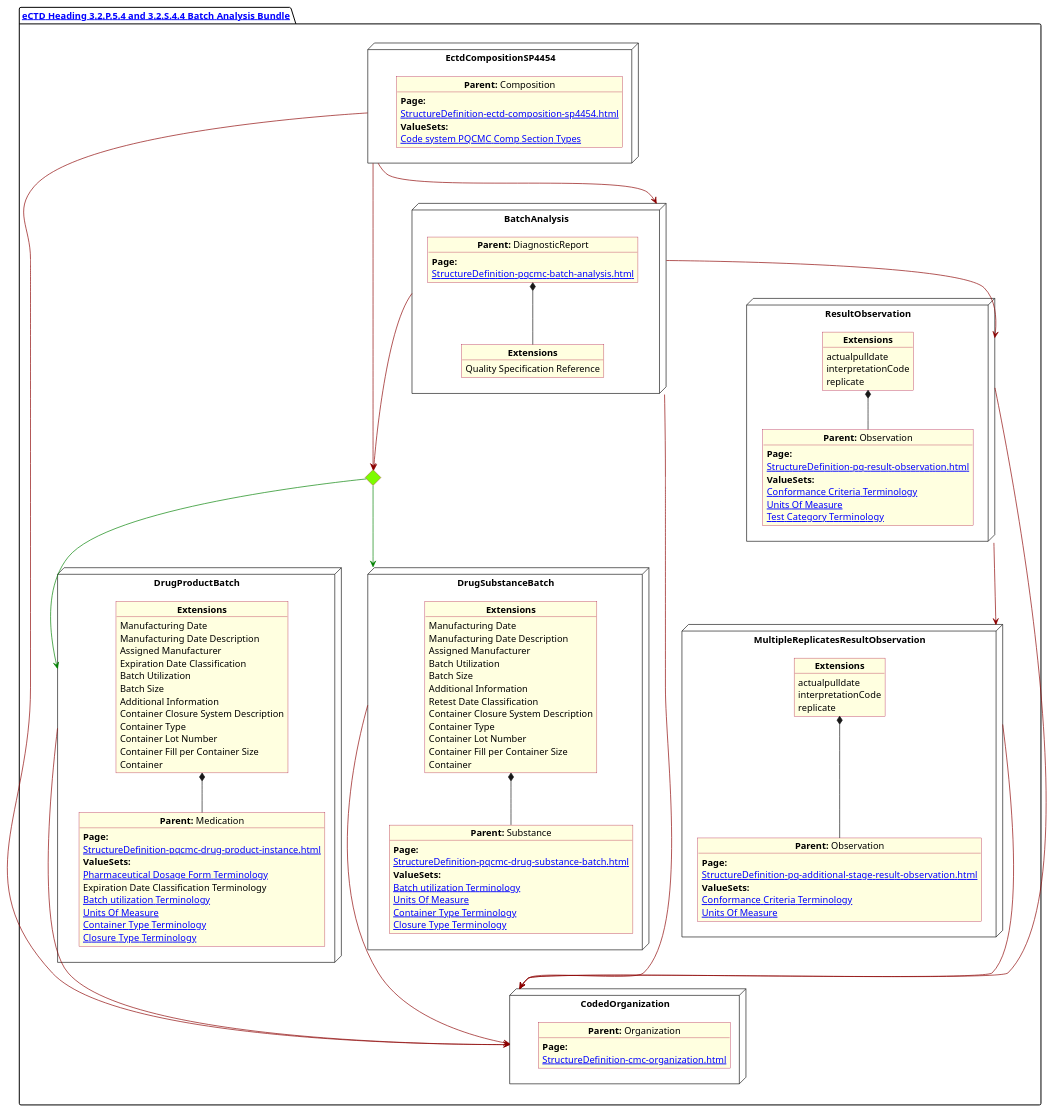
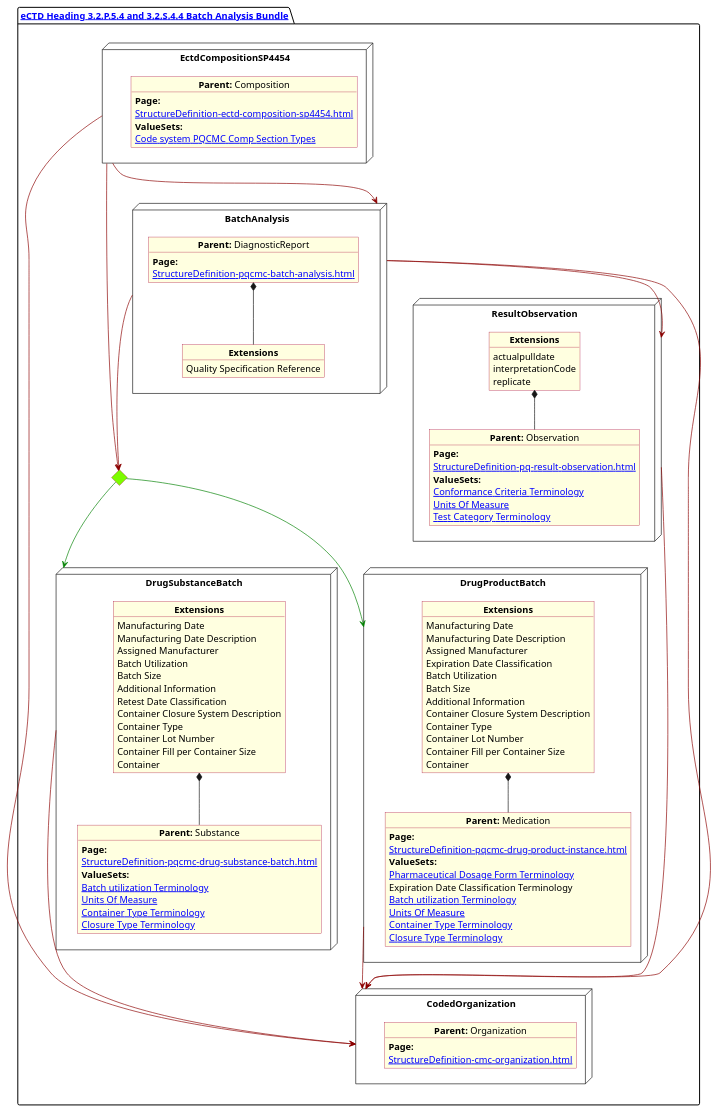
One commit to HL7/FHIR-us-pq-cmc-fda changed the diagram in input/images-source/BatchAnalysis.plantuml. Above: the diagram before and after it, drawn with PlantUML. The commit also changed 5 other files, not shown here.

Commit message:
removed newStability plantuml

```diff
--- a/input/images-source/BatchAnalysis.plantuml
+++ b/input/images-source/BatchAnalysis.plantuml
@@ -1,157 +1,139 @@
 @startuml BatchAnalysis
 allowmixing
 'Mixed model of use case and object
 skinparam svgDimensionStyle false
 skinparam ObjectBackgroundColor LightYellow
 skinparam ObjectBorderColor #A80036
 skinparam activityDiamondBorderColor #A80036
 skinparam activityDiamondBackgroundColor lawnGreen
 skinparam ClassBorderThickness 4
 
 
 package "[[StructureDefinition-cmc-ectd-document-sp4454.html eCTD Heading 3.2.P.5.4 and 3.2.S.4.4 Batch Analysis Bundle]]" as NODES {
   node "DrugProductBatch" as NN {
 
     object "**Parent:** Medication" as obj3 {
       **Page:**
       [[StructureDefinition-pqcmc-drug-product-instance.html]]
       **ValueSets:**
       [[ValueSet-spl-pharmaceutical-dosage-form-terminology.html Pharmaceutical Dosage Form Terminology]]
       Expiration Date Classification Terminology
       [[ValueSet-pqcmc-batch-utilization-terminology.html Batch utilization Terminology]]
       [[ValueSet-pqcmc-units-of-measure.html Units Of Measure]]
       [[ValueSet-pqcmc-container-type-terminology.html Container Type Terminology]]
       [[ValueSet-pqcmc-closure-type-terminology.html Closure Type Terminology]]
 
     }
 
     object "**Extensions**" as objExsBatch  {
       Manufacturing Date
       Manufacturing Date Description
       Assigned Manufacturer
       Expiration Date Classification
       Batch Utilization
       Batch Size
       Additional Information
       Container Closure System Description
       Container Type
       Container Lot Number
       Container Fill per Container Size
       Container
     }
     objExsBatch *-- obj3
   }
   node "BatchAnalysis" as N2 {
 
 
     object "**Parent:** DiagnosticReport" as obj2 {
       **Page:**
       [[StructureDefinition-pqcmc-batch-analysis.html]]
     }
     object "**Extensions**" as objQSEx {
       Quality Specification Reference
 
     }
     obj2 *-- objQSEx
   }
   node "CodedOrganization" as NSO {
 
     object "**Parent:** Organization" as objAu {
       **Page:**
       [[StructureDefinition-cmc-organization.html]]
       
     }
   }
   diamond CH
 
   node "DrugSubstanceBatch" as NNS {
 
     object "**Parent:** Substance" as obj4 {
       **Page:**
       [[StructureDefinition-pqcmc-drug-substance-batch.html]]
       **ValueSets:**
       [[ValueSet-pqcmc-batch-utilization-terminology.html Batch utilization Terminology]]
       [[ValueSet-pqcmc-units-of-measure.html Units Of Measure]]
       [[ValueSet-pqcmc-container-type-terminology.html Container Type Terminology]]
       [[ValueSet-pqcmc-closure-type-terminology.html Closure Type Terminology]]
     }
     object "**Extensions**" as objExs2 {
       Manufacturing Date
       Manufacturing Date Description
       Assigned Manufacturer
       Batch Utilization
       Batch Size
       Additional Information
       Retest Date Classification
       Container Closure System Description
       Container Type
       Container Lot Number
       Container Fill per Container Size
       Container
     }
 
     objExs2 *-- obj4
   }
 
   node "ResultObservation" as NNOBS {
 
     object "**Parent:** Observation" as observ3 {
       **Page:**
       [[StructureDefinition-pq-result-observation.html]]
       **ValueSets:**
       [[ValueSet-pqcmc-conformance-to-criteria-terminology.html Conformance Criteria Terminology]]
       [[ValueSet-pqcmc-units-of-measure.html Units Of Measure]]
       [[ValueSet-pqcmc-test-category-terminology.html Test Category Terminology]]
     }
     object "**Extensions**" as objExsObserv  {
       actualpulldate
       interpretationCode
       replicate
     }
     objExsObserv *-- observ3
   }
 
-  node "MultipleReplicatesResultObservation" as NNstage {
-
-    object "**Parent:** Observation" as observS {
-      **Page:**
-      [[StructureDefinition-pq-additional-stage-result-observation.html]]
-      **ValueSets:**
-      [[ValueSet-pqcmc-conformance-to-criteria-terminology.html Conformance Criteria Terminology]]
-      [[ValueSet-pqcmc-units-of-measure.html Units Of Measure]]
-    }
-    object "**Extensions**" as objExsStageObs  {
-      actualpulldate
-      interpretationCode
-      replicate
-    }
-
-    objExsStageObs *-- observS
-  }
 
   node "EctdCompositionSP4454" as N1 {
 
     object "**Parent:** Composition" as obj1 {
       **Page:**
       [[StructureDefinition-ectd-composition-sp4454.html]]
       **ValueSets:**
       [[ValueSet-cmc-comp-section-types-vs.html Code system PQCMC Comp Section Types]]
     }
   }
 
 
   N1 -[#darkred]-> CH
   N1 -[#darkred]--> N2
   N1 -[#darkred]--> NSO
   CH -[#green]-> NNS
   CH -[#green]-> NN
   NNS -[#darkred]--> NSO
   NN -[#darkred]--> NSO
   N2 -[#darkred]--> CH
   N2 -[#darkred]--> NSO
   N2 -[#darkred]-> NNOBS
   NNOBS -[#darkred]--> NSO
-  NNOBS -[#darkred]--> NNstage
-  NNstage -[#darkred]--> NSO
+
 }
 @enduml
```
